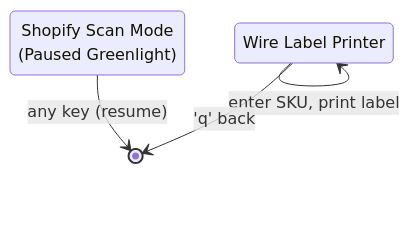
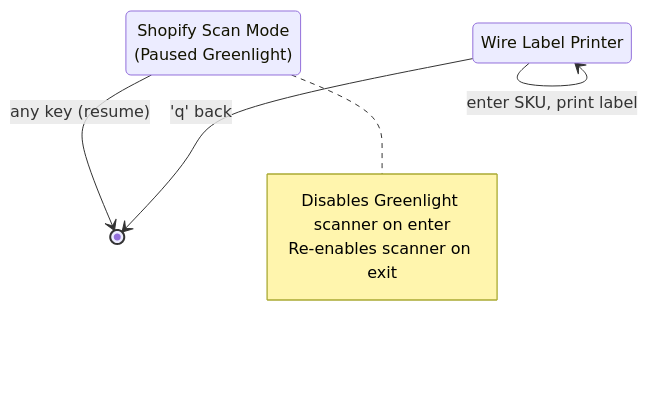
The eighth of 10 diagrams in docs/UI_FLOWS.md (crunchywelch/sundial_greenlight), drawn with Mermaid before and after one commit. The commit also changed other lines of this file and 2 other files, not shown here.

````diff
--- a/docs/UI_FLOWS.md
+++ b/docs/UI_FLOWS.md
@@ -175,10 +238,15 @@
 ```mermaid
 stateDiagram-v2
     state "Wire Label Printer" as Wire
     state "Shopify Scan Mode<br/>(Paused Greenlight)" as ShopScan
 
     Wire --> Wire: enter SKU, print label
     Wire --> [*]: 'q' back
 
     ShopScan --> [*]: any key (resume)
+
+    note right of ShopScan
+        Disables Greenlight scanner on enter
+        Re-enables scanner on exit
+    end note
 ```
````
